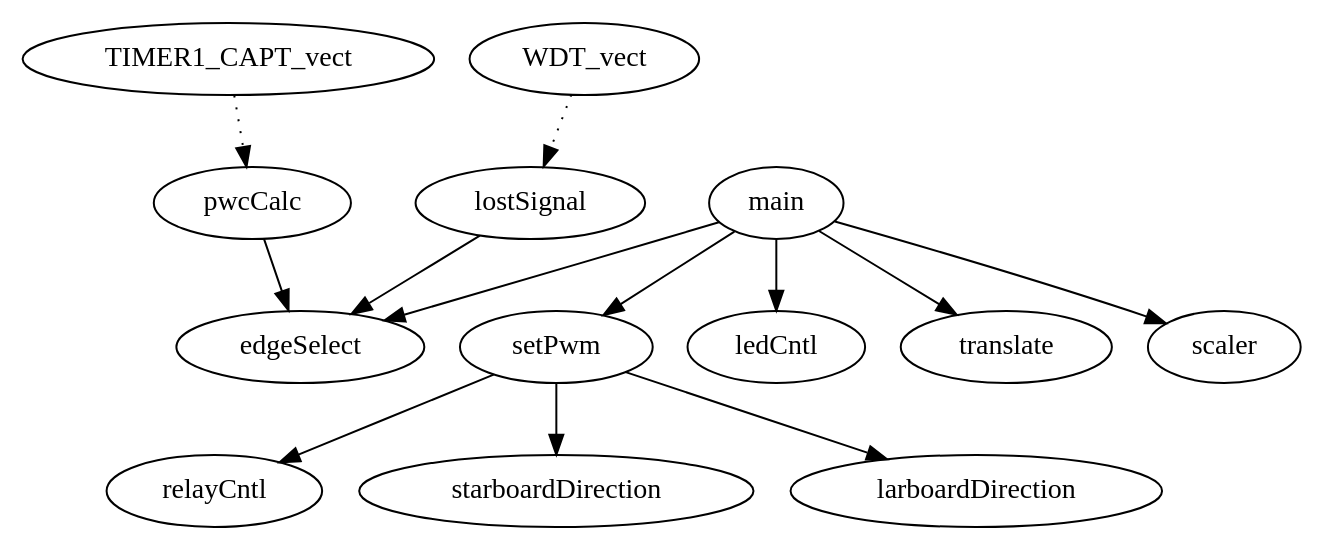
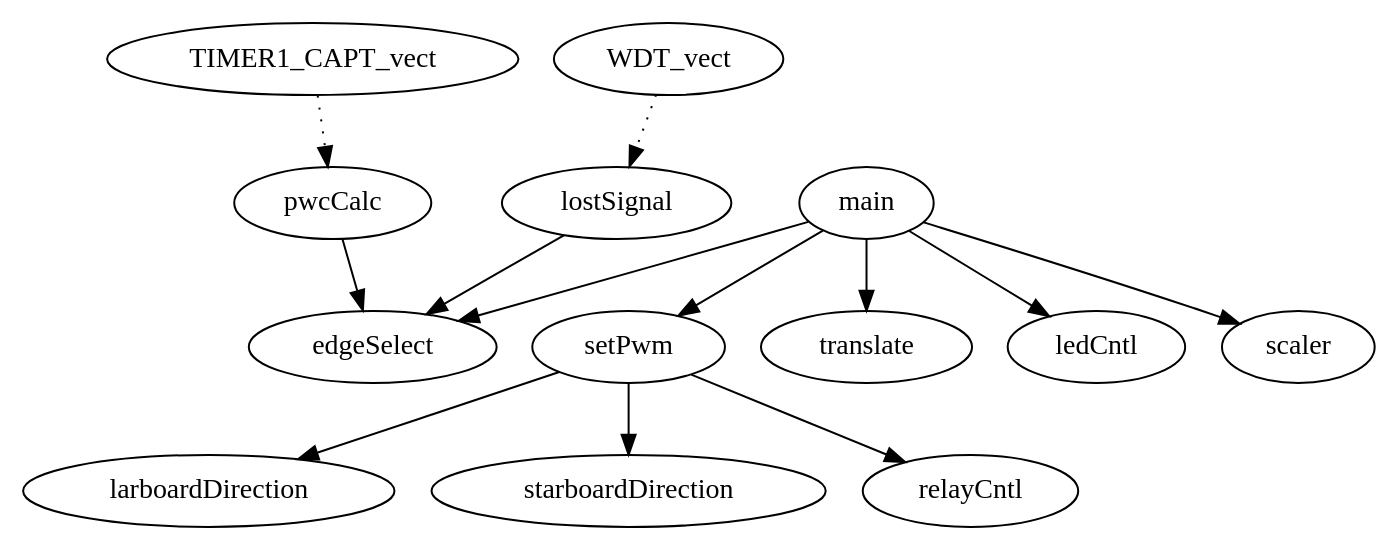
The diagram in Firmware/Propulsion/piruett.dot (bjornburton/champbot), drawn with Graphviz before and after one commit. The commit also changed other lines of this file and 7 other files, not shown here.

```diff
--- a/Firmware/Propulsion/piruett.dot
+++ b/Firmware/Propulsion/piruett.dot
@@ -1,14 +1,14 @@
 digraph callgraph {
+"setPwm" -> "larboardDirection" [style=solid];
+"setPwm" -> "starboardDirection" [style=solid];
+"setPwm" -> "relayCntl" [style=solid];
+"pwcCalc" -> "edgeSelect" [style=solid];
+"TIMER1_CAPT_vect" -> "pwcCalc" [style=dotted];
 "lostSignal" -> "edgeSelect" [style=solid];
-"setPwm" -> "relayCntl" [style=solid];
-"setPwm" -> "starboardDirection" [style=solid];
-"setPwm" -> "larboardDirection" [style=solid];
-"TIMER1_CAPT_vect" -> "pwcCalc" [style=dotted];
-"pwcCalc" -> "edgeSelect" [style=solid];
+"main" -> "translate" [style=solid];
+"main" -> "edgeSelect" [style=solid];
+"main" -> "setPwm" [style=solid];
+"main" -> "ledCntl" [style=solid];
+"main" -> "scaler" [style=solid];
 "WDT_vect" -> "lostSignal" [style=dotted];
-"main" -> "ledCntl" [style=solid];
-"main" -> "translate" [style=solid];
-"main" -> "setPwm" [style=solid];
-"main" -> "edgeSelect" [style=solid];
-"main" -> "scaler" [style=solid];
 }
```
